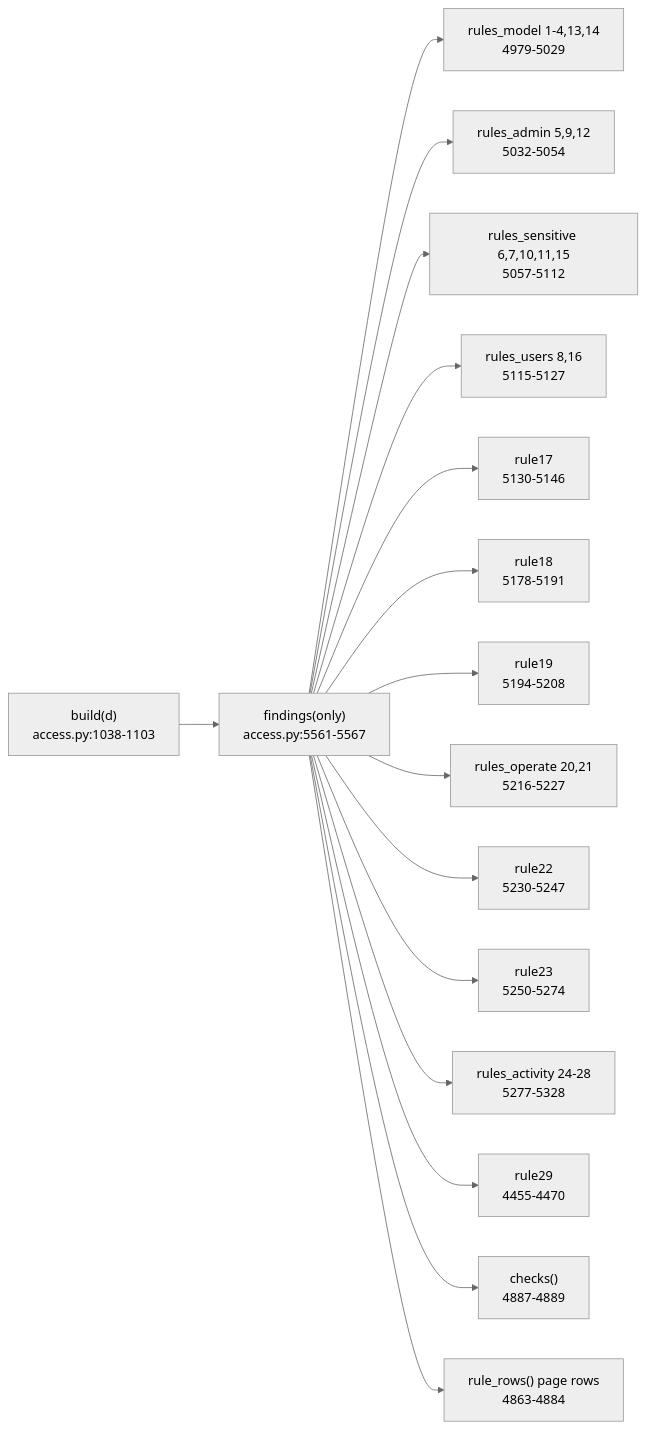
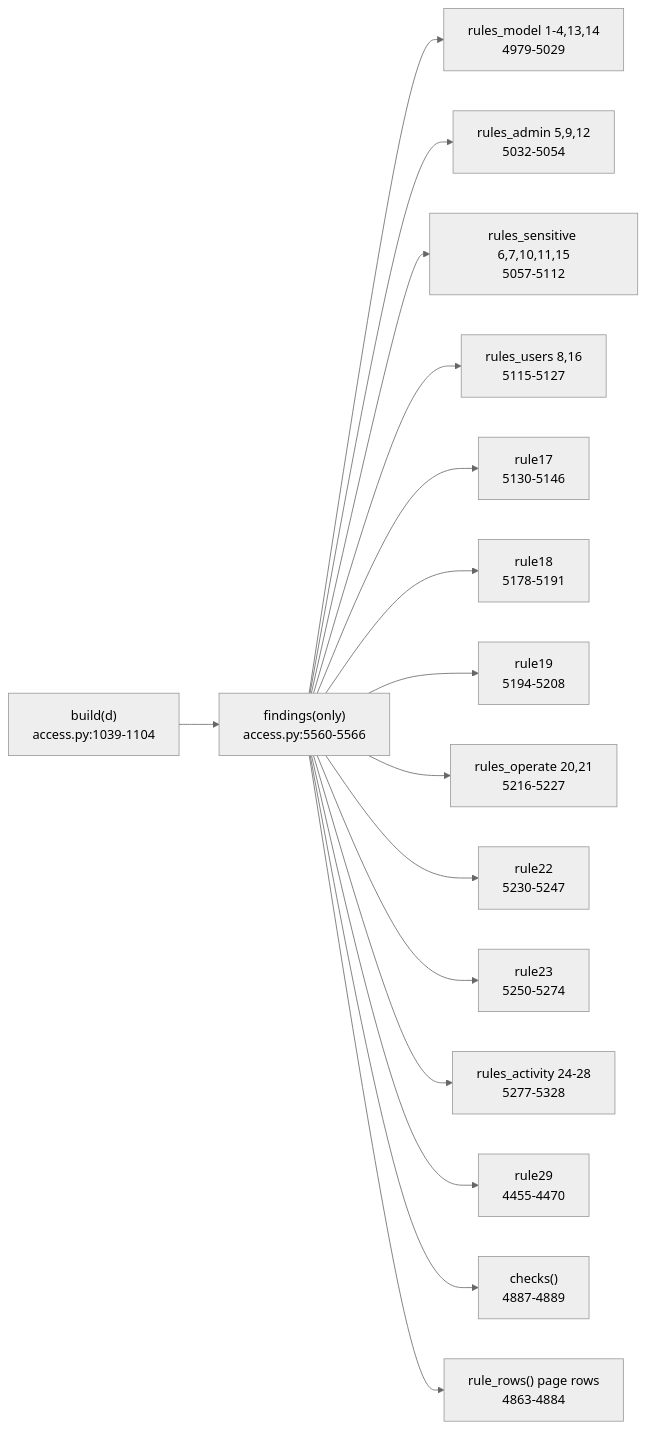
Before and after one commit to darshanmeel/snowflake-access-explorer: the diagram in snowflake-access-explorer-knowledge-graph/logic/rules.md, drawn with Mermaid (neutral theme). The commit also changed other lines of this file and 67 other files, not shown here.

Commit message:
Knowledge graph: QUERY_TAG and STREAMLIT_APP settings, run_sql.py fallback, access.py line refs after 4386 corrected

````diff
--- a/snowflake-access-explorer-knowledge-graph/logic/rules.md
+++ b/snowflake-access-explorer-knowledge-graph/logic/rules.md
@@ -6,18 +6,18 @@
 ```mermaid
 flowchart LR
-  B["build(d)<br/>access.py:1038-1103"] --> F["findings(only)<br/>access.py:5561-5567"]
+  B["build(d)<br/>access.py:1039-1104"] --> F["findings(only)<br/>access.py:5560-5566"]
   F --> M["rules_model 1-4,13,14<br/>4979-5029"]
   F --> A["rules_admin 5,9,12<br/>5032-5054"]
   F --> S["rules_sensitive 6,7,10,11,15<br/>5057-5112"]
   F --> U["rules_users 8,16<br/>5115-5127"]
   F --> R17["rule17<br/>5130-5146"]
   F --> R18["rule18<br/>5178-5191"]
   F --> R19["rule19<br/>5194-5208"]
   F --> O["rules_operate 20,21<br/>5216-5227"]
   F --> R22["rule22<br/>5230-5247"]
   F --> R23["rule23<br/>5250-5274"]
   F --> RA["rules_activity 24-28<br/>5277-5328"]
   F --> R29["rule29<br/>4455-4470"]
   F --> C["checks()<br/>4887-4889"]
   F --> RR["rule_rows() page rows<br/>4863-4884"]
 ```
````
